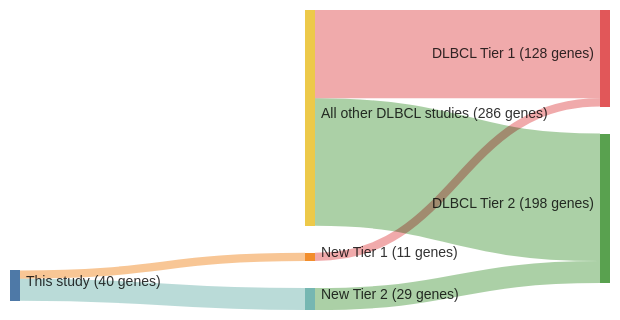
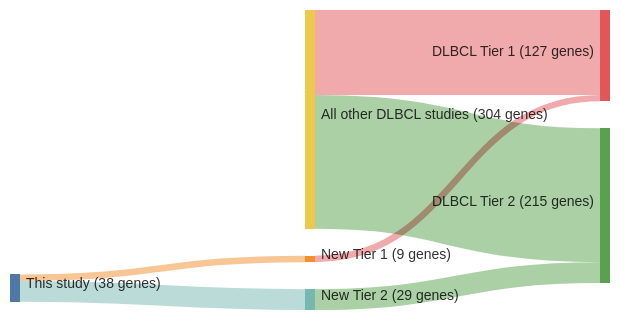
Before and after one commit to morinlab/lymphopedia: the diagram in papers/morinMutationalStructuralAnalysis2013.md, drawn with Mermaid. The commit also changed other lines of this file, not shown here.

````diff
--- a/papers/morinMutationalStructuralAnalysis2013.md
+++ b/papers/morinMutationalStructuralAnalysis2013.md
@@ -12,20 +12,20 @@
 ```mermaid
 ---
 config:
     sankey:
         showValues: true
         linkColor: target
         width: 600
         height: 300
         nodeAlignment: right
         prefix: '('
         suffix: ' genes)'
 ---
 sankey-beta
-This study, New Tier 1, 11
-New Tier 1, DLBCL Tier 1, 11
+This study, New Tier 1, 9
+New Tier 1, DLBCL Tier 1, 9
 This study, New Tier 2, 29
 New Tier 2, DLBCL Tier 2, 29
-All other DLBCL studies, DLBCL Tier 1, 117
-All other DLBCL studies, DLBCL Tier 2, 169
+All other DLBCL studies, DLBCL Tier 1, 118
+All other DLBCL studies, DLBCL Tier 2, 186
 ```
````
